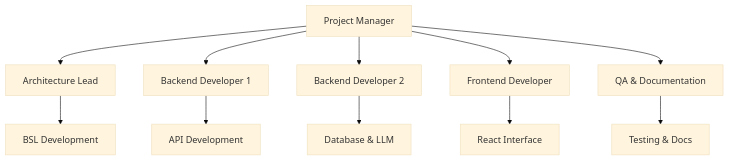
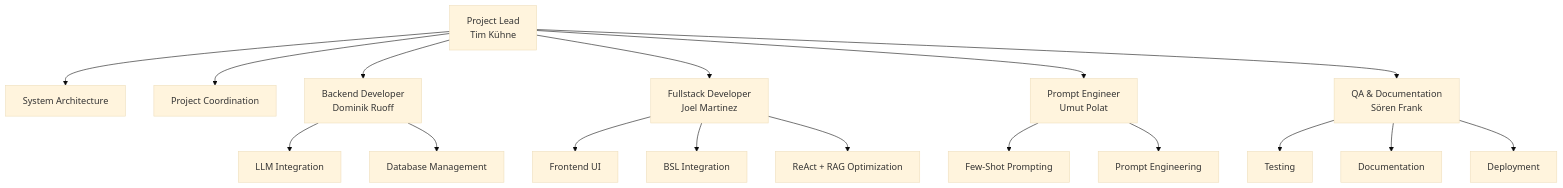
The fifth of 5 diagrams in docs/PROJEKT_ABGABE.md (JoelRai07/Projekt-Vetter-SQL), drawn with Mermaid (base theme) before and after one commit. The commit also changed other lines of this file, not shown here.

````diff
--- a/docs/PROJEKT_ABGABE.md
+++ b/docs/PROJEKT_ABGABE.md
@@ -823,14 +824,24 @@
 ```mermaid
 graph TD
-    PM[Project Manager] --> ARCH[Architecture Lead]
-    PM --> DEV1[Backend Developer 1]
-    PM --> DEV2[Backend Developer 2]
-    PM --> FE[Frontend Developer]
-    PM --> QA[QA & Documentation]
-    
-    ARCH --> BSL[BSL Development]
-    DEV1 --> API[API Development]
-    DEV2 --> DB[Database & LLM]
-    FE --> UI[React Interface]
-    QA --> TEST[Testing & Docs]
+    PL[Project Lead<br/>Tim Kühne] --> ARCH[System Architecture]
+    PL --> COORD[Project Coordination]
+
+    PL --> BE[Backend Developer<br/>Dominik Ruoff]
+    PL --> FS[Fullstack Developer<br/>Joel Martinez]
+    PL --> PE[Prompt Engineer<br/>Umut Polat]
+    PL --> QA[QA & Documentation<br/>Sören Frank]
+
+    BE --> LLM[LLM Integration]
+    BE --> DB[Database Management]
+
+    FS --> FE[Frontend UI]
+    FS --> BSL[BSL Integration]
+    FS --> RAR[ReAct + RAG Optimization]
+
+    PE --> PROMPT[Few-Shot Prompting]
+    PE --> PE2[Prompt Engineering]
+
+    QA --> TEST[Testing]
+    QA --> DOCS[Documentation]
+    QA --> DEPLOY[Deployment]
 ```
````
